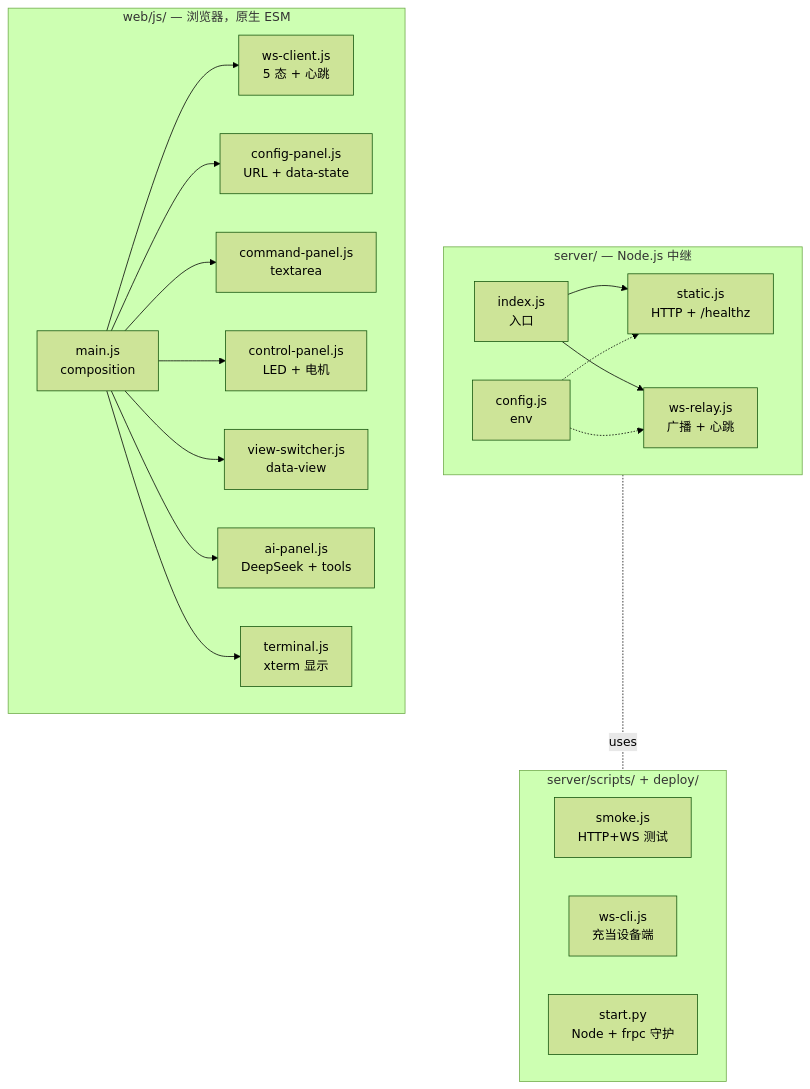
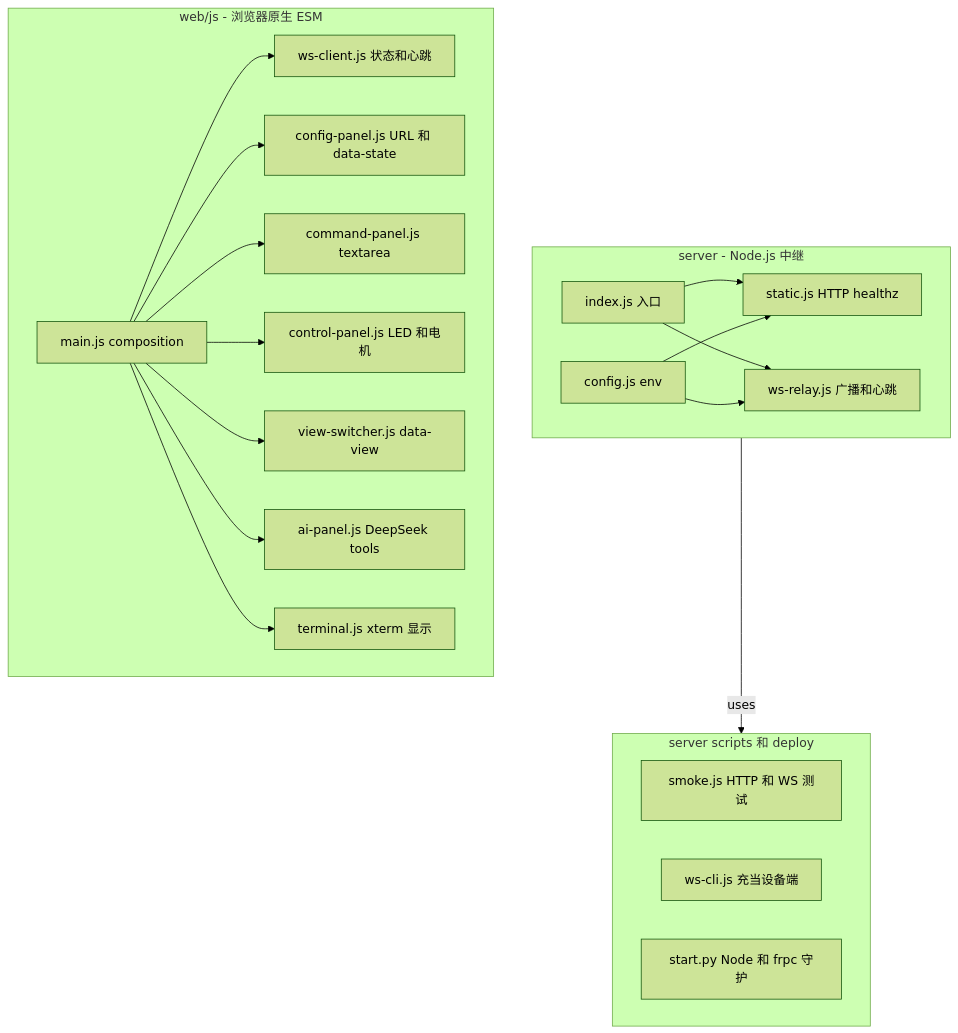
The second of 2 diagrams in README.zh-CN.md (rsecss/helmet-console), drawn with Mermaid (forest theme) before and after one commit. The commit also changed other lines of this file and 1 other file, not shown here.

Commit message:
docs(readme): simplify mermaid node labels for renderer
Strip HTML-style labels (<br/>, emoji, quoted text) from the system
context and module diagrams; switch to plain-text labels with named-
edge arrows. Some Markdown viewers (notably GitHub's mermaid renderer)
were inconsistent with the original syntax.

No content/topology change.

````diff
--- a/README.zh-CN.md
+++ b/README.zh-CN.md
@@ -126,39 +128,39 @@
 ```mermaid
 flowchart TB
-    subgraph server["server/ — Node.js 中继"]
-        idx["index.js<br/>入口"]
-        st["static.js<br/>HTTP + /healthz"]
-        rl["ws-relay.js<br/>广播 + 心跳"]
-        cf["config.js<br/>env"]
+    subgraph serverGroup[server - Node.js 中继]
+        idx[index.js 入口]
+        st[static.js HTTP healthz]
+        rl[ws-relay.js 广播和心跳]
+        cf[config.js env]
         idx --> st
         idx --> rl
-        cf -.-> st
-        cf -.-> rl
+        cf --> st
+        cf --> rl
     end
 
-    subgraph web["web/js/ — 浏览器，原生 ESM"]
-        m["main.js<br/>composition"]
-        wsc["ws-client.js<br/>5 态 + 心跳"]
-        cp["config-panel.js<br/>URL + data-state"]
-        cmd["command-panel.js<br/>textarea"]
-        ctrl["control-panel.js<br/>LED + 电机"]
-        vsw["view-switcher.js<br/>data-view"]
-        ai["ai-panel.js<br/>DeepSeek + tools"]
-        term["terminal.js<br/>xterm 显示"]
+    subgraph webGroup[web/js - 浏览器原生 ESM]
+        m[main.js composition]
+        wsc[ws-client.js 状态和心跳]
+        cp[config-panel.js URL 和 data-state]
+        cmd[command-panel.js textarea]
+        ctrl[control-panel.js LED 和电机]
+        vsw[view-switcher.js data-view]
+        ai[ai-panel.js DeepSeek tools]
+        term[terminal.js xterm 显示]
         m --> wsc
         m --> cp
         m --> cmd
         m --> ctrl
         m --> vsw
         m --> ai
         m --> term
     end
 
-    subgraph scripts["server/scripts/ + deploy/"]
-        smk["smoke.js<br/>HTTP+WS 测试"]
-        cli["ws-cli.js<br/>充当设备端"]
-        sp["start.py<br/>Node + frpc 守护"]
+    subgraph scriptsGroup[server scripts 和 deploy]
+        smk[smoke.js HTTP 和 WS 测试]
+        cli[ws-cli.js 充当设备端]
+        sp[start.py Node 和 frpc 守护]
     end
 
-    server -. uses .- scripts
+    serverGroup -->|uses| scriptsGroup
 ```
````
